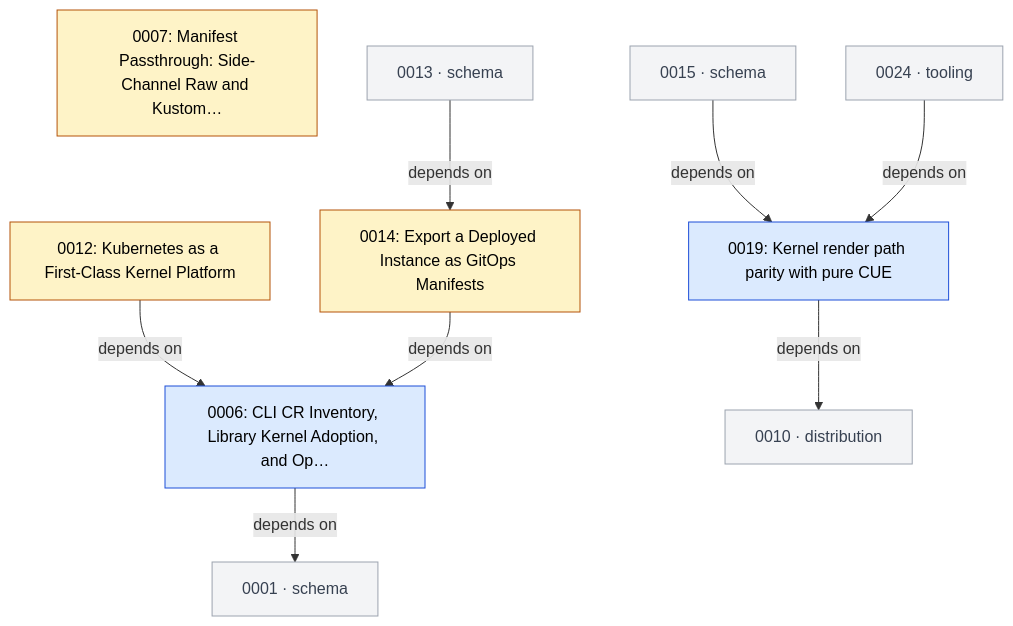
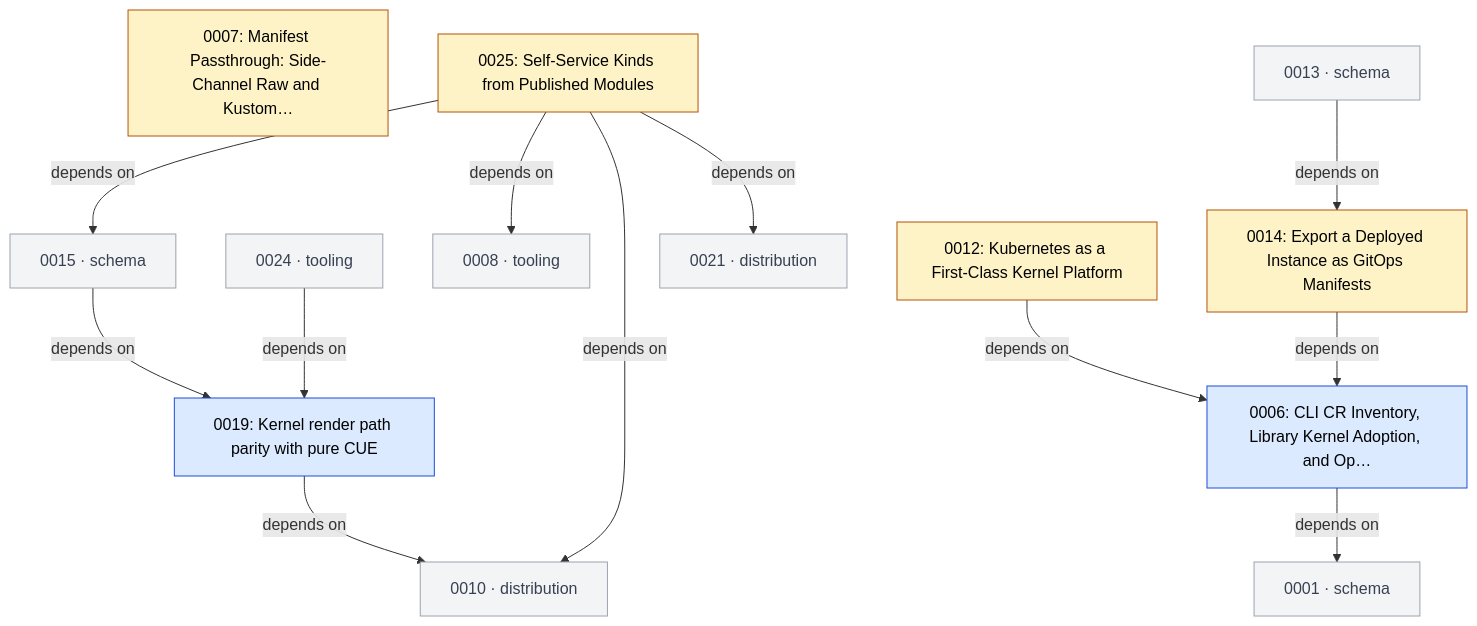
One commit to open-platform-model/enhancements changed the third of 7 diagrams in GRAPH.md. Above: the diagram before and after it, drawn with Mermaid. The commit also changed other lines of this file and 14 other files, not shown here.

Commit message:
feat(0025): draft self-service kinds from published modules

````diff
--- a/GRAPH.md
+++ b/GRAPH.md
@@ -80,29 +83,36 @@
 ```mermaid
 graph TD
   classDef draft       fill:#fef3c7,stroke:#b45309,color:#000
   classDef accepted    fill:#dbeafe,stroke:#1d4ed8,color:#000
   classDef rejected    fill:#fee2e2,stroke:#b91c1c,color:#7f1d1d,stroke-dasharray:4 2
   classDef superseded  fill:#e5e7eb,stroke:#6b7280,color:#6b7280
   classDef legacy      fill:#fafafa,stroke:#9ca3af,color:#6b7280,stroke-dasharray:3 3
   classDef stub        fill:#f3f4f6,stroke:#9ca3af,color:#374151
   classDef category    fill:#ede9fe,stroke:#6d28d9,color:#000
 
   N0006["0006: CLI CR Inventory, Library Kernel Adoption, and Op…"]:::accepted
   N0007["0007: Manifest Passthrough: Side-Channel Raw and Kustom…"]:::draft
   N0012["0012: Kubernetes as a First-Class Kernel Platform"]:::draft
   N0014["0014: Export a Deployed Instance as GitOps Manifests"]:::draft
   N0019["0019: Kernel render path parity with pure CUE"]:::accepted
+  N0025["0025: Self-Service Kinds from Published Modules"]:::draft
   N0001["0001 · schema"]:::stub
+  N0008["0008 · tooling"]:::stub
   N0010["0010 · distribution"]:::stub
   N0013["0013 · schema"]:::stub
   N0015["0015 · schema"]:::stub
+  N0021["0021 · distribution"]:::stub
   N0024["0024 · tooling"]:::stub
 
   N0006 -->|depends on| N0001
   N0012 -->|depends on| N0006
   N0013 -->|depends on| N0014
   N0014 -->|depends on| N0006
   N0015 -->|depends on| N0019
   N0019 -->|depends on| N0010
   N0024 -->|depends on| N0019
+  N0025 -->|depends on| N0008
+  N0025 -->|depends on| N0010
+  N0025 -->|depends on| N0015
+  N0025 -->|depends on| N0021
 ```
````
